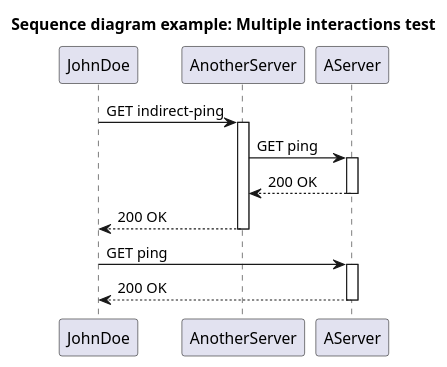
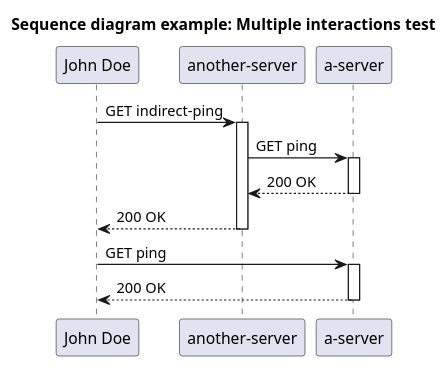
One commit to http4k/http4k-diagram-examples changed the diagram in sequence-diagrams/.generated/diagrams/Sequence diagram example: Multiple interactions test - Sequence.puml. Above: the diagram before and after it, drawn with PlantUML. The commit also changed 5 other files, not shown here.

```diff
--- a/sequence-diagrams/.generated/diagrams/Sequence diagram example: Multiple interactions test - Sequence.puml
+++ b/sequence-diagrams/.generated/diagrams/Sequence diagram example: Multiple interactions test - Sequence.puml
@@ -1,20 +1,20 @@
 @startuml
 title Sequence diagram example: Multiple interactions test
-participant JohnDoe
-participant AnotherServer
-participant AServer
-JohnDoe -> AnotherServer: GET indirect-ping 
-activate AnotherServer
-AnotherServer -> AServer: GET ping 
-activate AServer
+participant "John Doe"
+participant "another-server"
+participant "a-server"
+"John Doe" -> "another-server": GET indirect-ping 
+activate "another-server"
+"another-server" -> "a-server": GET ping 
+activate "a-server"
 
-AServer --> AnotherServer: 200 OK
-deactivate AServer
-AnotherServer --> JohnDoe: 200 OK
-deactivate AnotherServer
-JohnDoe -> AServer: GET ping 
-activate AServer
+"a-server" --> "another-server": 200 OK
+deactivate "a-server"
+"another-server" --> "John Doe": 200 OK
+deactivate "another-server"
+"John Doe" -> "a-server": GET ping 
+activate "a-server"
 
-AServer --> JohnDoe: 200 OK
-deactivate AServer
+"a-server" --> "John Doe": 200 OK
+deactivate "a-server"
     @enduml
```
